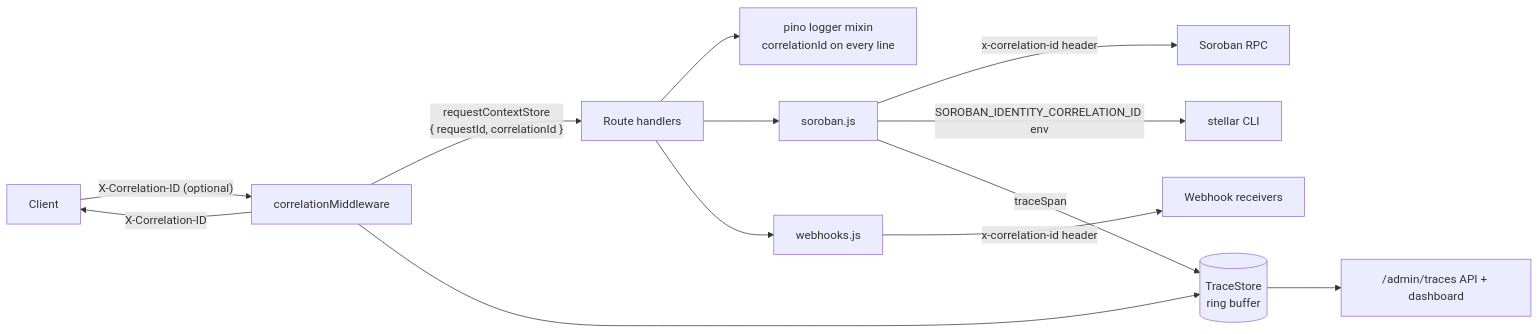
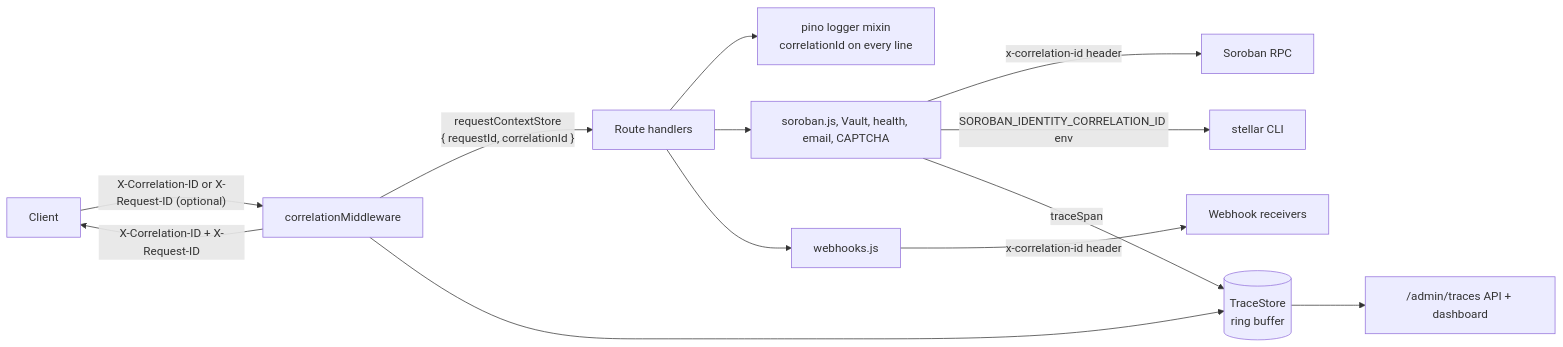
One commit to 10xwhoman/Soroban-Identity changed the diagram in docs/request-tracing.md. Above: the diagram before and after it, drawn with Mermaid. The commit also changed other lines of this file and 25 other files, not shown here.

````diff
--- a/docs/request-tracing.md
+++ b/docs/request-tracing.md
@@ -9,14 +9,14 @@
 ```mermaid
 flowchart LR
-  C[Client] -- "X-Correlation-ID (optional)" --> M[correlationMiddleware]
+  C[Client] -- "X-Correlation-ID or X-Request-ID (optional)" --> M[correlationMiddleware]
   M -- "requestContextStore\n{ requestId, correlationId }" --> H[Route handlers]
-  M -- "X-Correlation-ID" --> C
+  M -- "X-Correlation-ID + X-Request-ID" --> C
   H --> L[pino logger mixin\ncorrelationId on every line]
-  H --> S[soroban.js]
+  H --> S[soroban.js, Vault, health, email, CAPTCHA]
   S -- "x-correlation-id header" --> RPC[Soroban RPC]
   S -- "SOROBAN_IDENTITY_CORRELATION_ID env" --> CLI[stellar CLI]
   H --> W[webhooks.js] -- "x-correlation-id header" --> R[Webhook receivers]
   M --> T[(TraceStore\nring buffer)]
   S -- traceSpan --> T
   T --> A["/admin/traces API + dashboard"]
 ```
````
